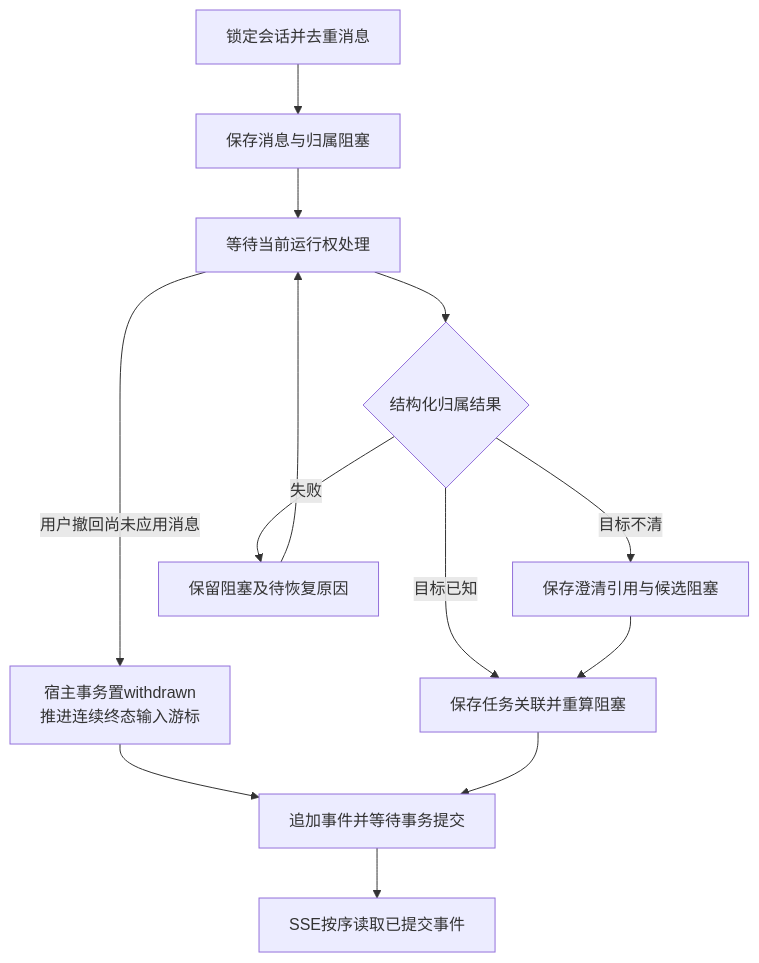
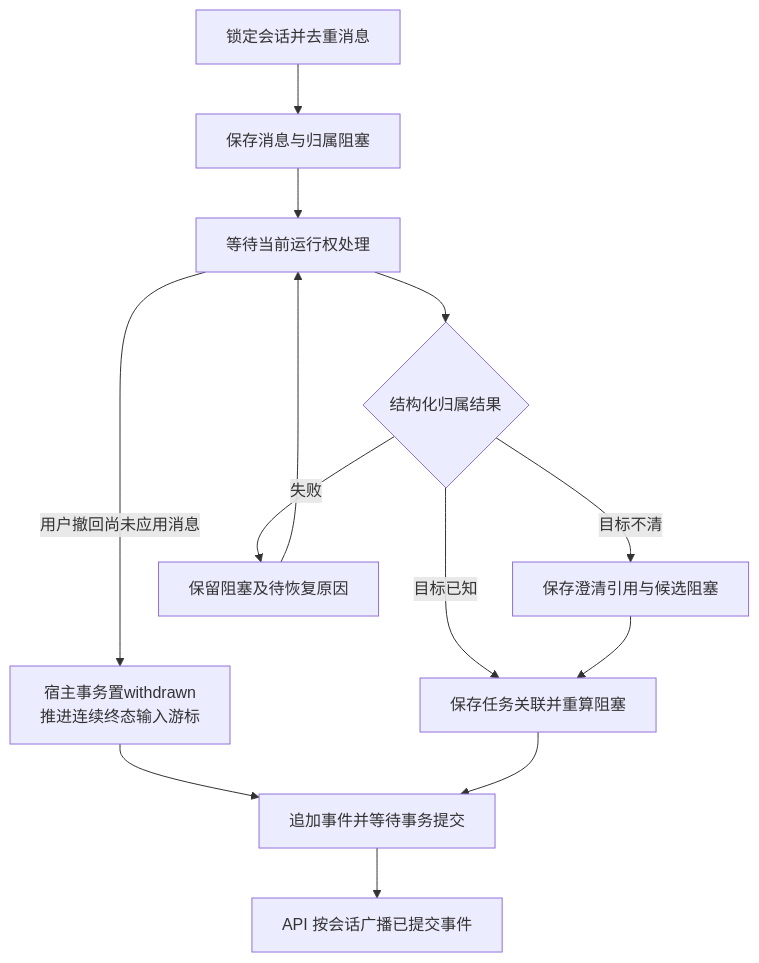
The second of 8 diagrams in docs/architecture/runtime-modules.md (yaoziyaoguai/data_agent), drawn with Mermaid before and after one commit. The commit also changed other lines of this file and 92 other files, not shown here.

````diff
--- a/docs/architecture/runtime-modules.md
+++ b/docs/architecture/runtime-modules.md
@@ -84,15 +84,15 @@
 ```mermaid
 flowchart TD
   A[锁定会话并去重消息] --> B[保存消息与归属阻塞]
   B --> C[等待当前运行权处理]
   C --> D{结构化归属结果}
   C -->|用户撤回尚未应用消息| W[宿主事务置withdrawn<br/>推进连续终态输入游标]
   W --> H
   D -->|目标已知| E[保存任务关联并重算阻塞]
   D -->|目标不清| F[保存澄清引用与候选阻塞]
   D -->|失败| G[保留阻塞及待恢复原因]
   F --> E
   G --> C
   E --> H[追加事件并等待事务提交]
-  H --> I[SSE按序读取已提交事件]
+  H --> I[API 按会话广播已提交事件]
 ```
````
